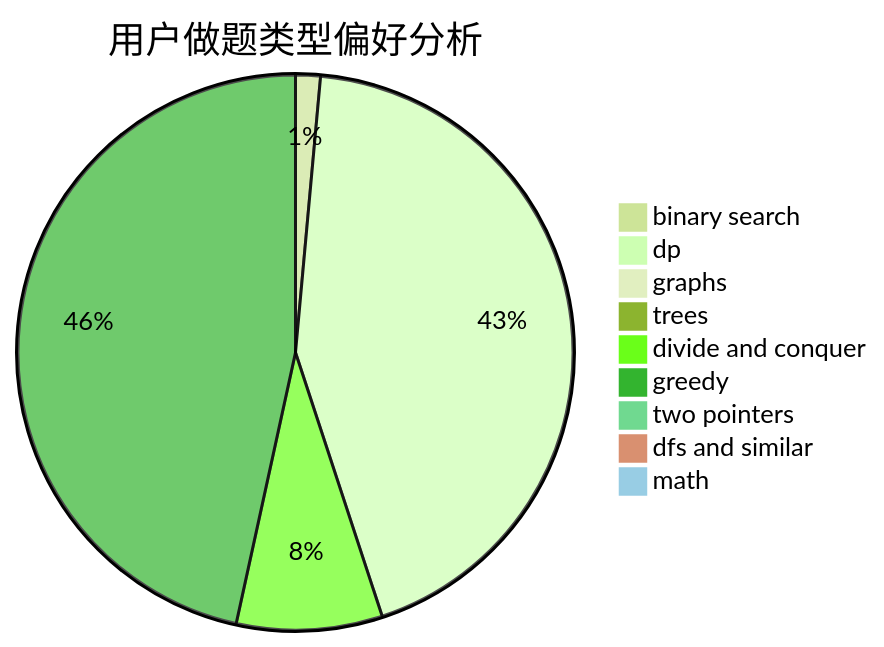
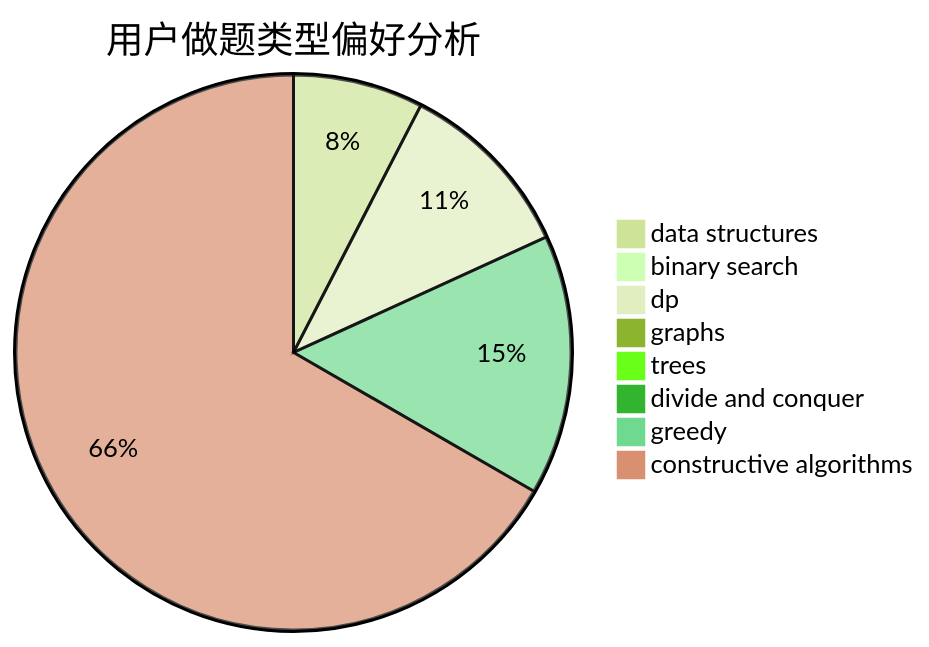
One commit to sherpahu/cfrs.github.io changed the second of 3 diagrams in docs/user/u608.md. Above: the diagram before and after it, drawn with Mermaid (forest theme). The commit also changed other lines of this file and 2775 other files, not shown here.

````diff
--- a/docs/user/u608.md
+++ b/docs/user/u608.md
@@ -23,12 +23,11 @@
 ```mermaid
 pie title 用户做题类型偏好分析
-    "binary search" :  8
-    "dp" :  241
+    "data structures" :  10
+    "binary search" :  0
+    "dp" :  14
     "graphs" :  0
     "trees" :  1
-    "divide and conquer" :  47
-    "greedy" :  258
-    "two pointers" :  1
-    "dfs and similar" :  0
-    "math" :  0
+    "divide and conquer" :  0
+    "greedy" :  20
+    "constructive algorithms" :  88
 ```
````
